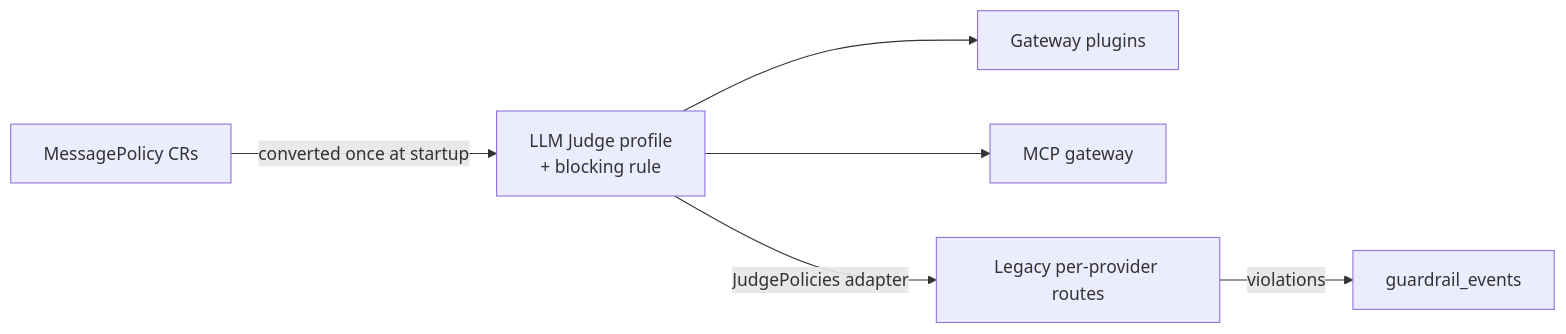
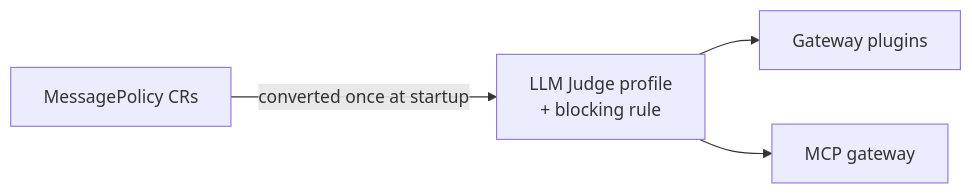
One commit to cjellick/obot changed the second of 2 diagrams in design-proposals/2026-09-27-llm-gateway-budgets-guardrails.md. Above: the diagram before and after it, drawn with Mermaid. The commit also changed other lines of this file and 5 other files, not shown here.

````diff
--- a/design-proposals/2026-09-27-llm-gateway-budgets-guardrails.md
+++ b/design-proposals/2026-09-27-llm-gateway-budgets-guardrails.md
@@ -452,8 +531,6 @@
 ```mermaid
 flowchart LR
     mp[MessagePolicy CRs] -->|converted once at startup| p[LLM Judge profile<br/>+ blocking rule]
     p --> gw[Gateway plugins]
     p --> mcp[MCP gateway]
-    p -->|JudgePolicies adapter| legacy[Legacy per-provider routes]
-    legacy -->|violations| ev[guardrail_events]
 ```
````
